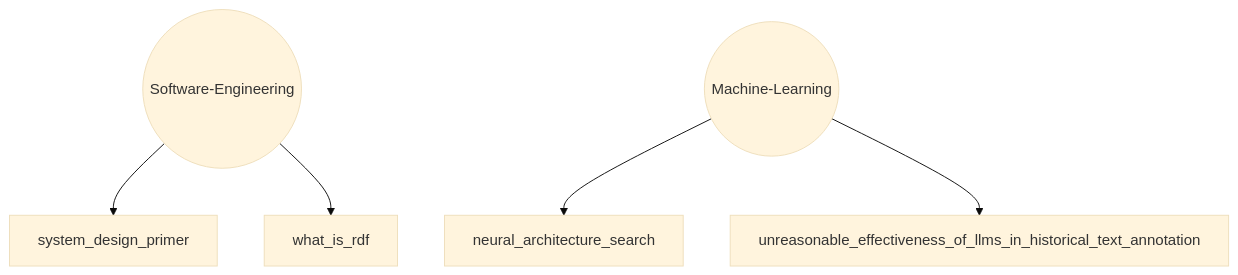
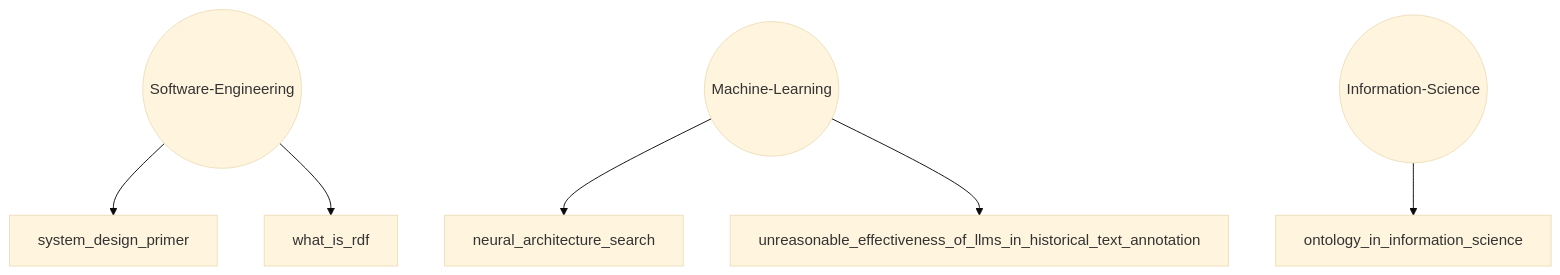
Before and after one commit to zparvez2z/TLDR: the diagram in README.md, drawn with Mermaid (base theme). The commit also changed other lines of this file and 2 other files, not shown here.

````diff
--- a/README.md
+++ b/README.md
@@ -4,9 +4,11 @@
 ```mermaid
 graph TD
     Software-Engineering(( Software-Engineering ))
     Software-Engineering --> system_design_primer
     Software-Engineering --> what_is_rdf
     Machine-Learning(( Machine-Learning ))
     Machine-Learning --> neural_architecture_search
     Machine-Learning --> unreasonable_effectiveness_of_llms_in_historical_text_annotation
+    Information-Science(( Information-Science ))
+    Information-Science --> ontology_in_information_science
 ```
````
